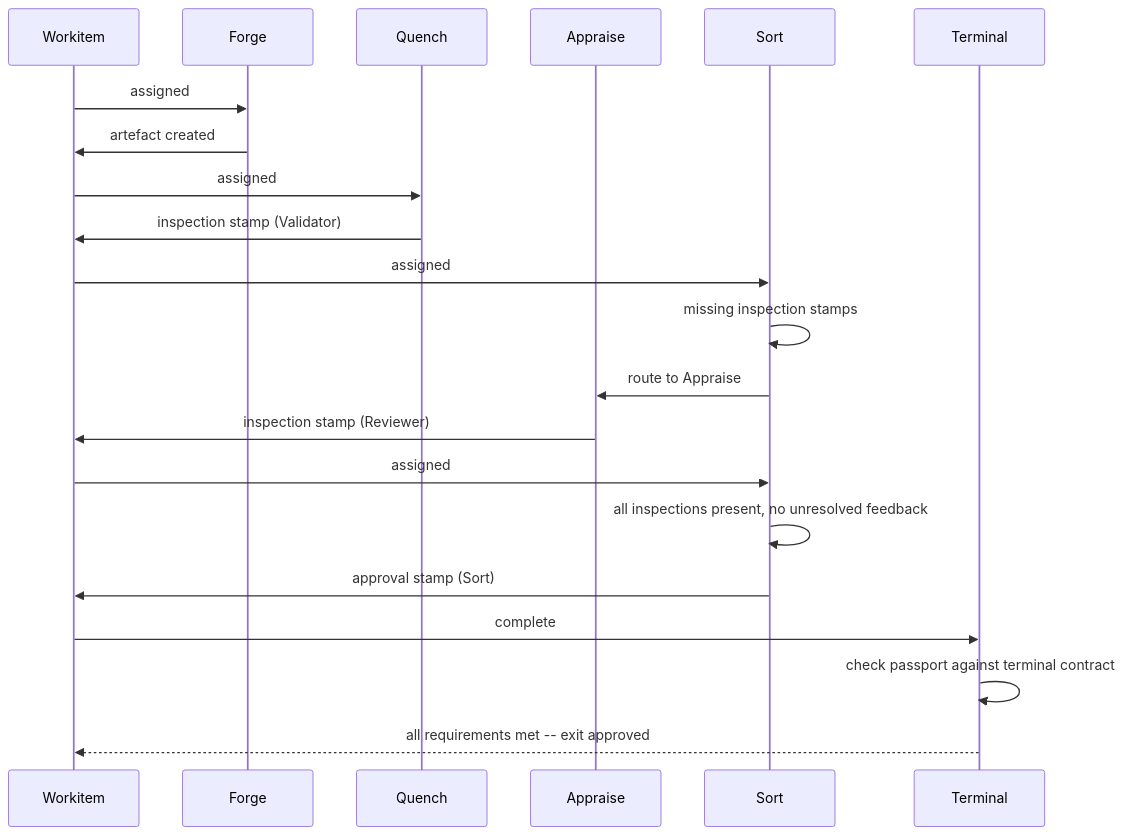
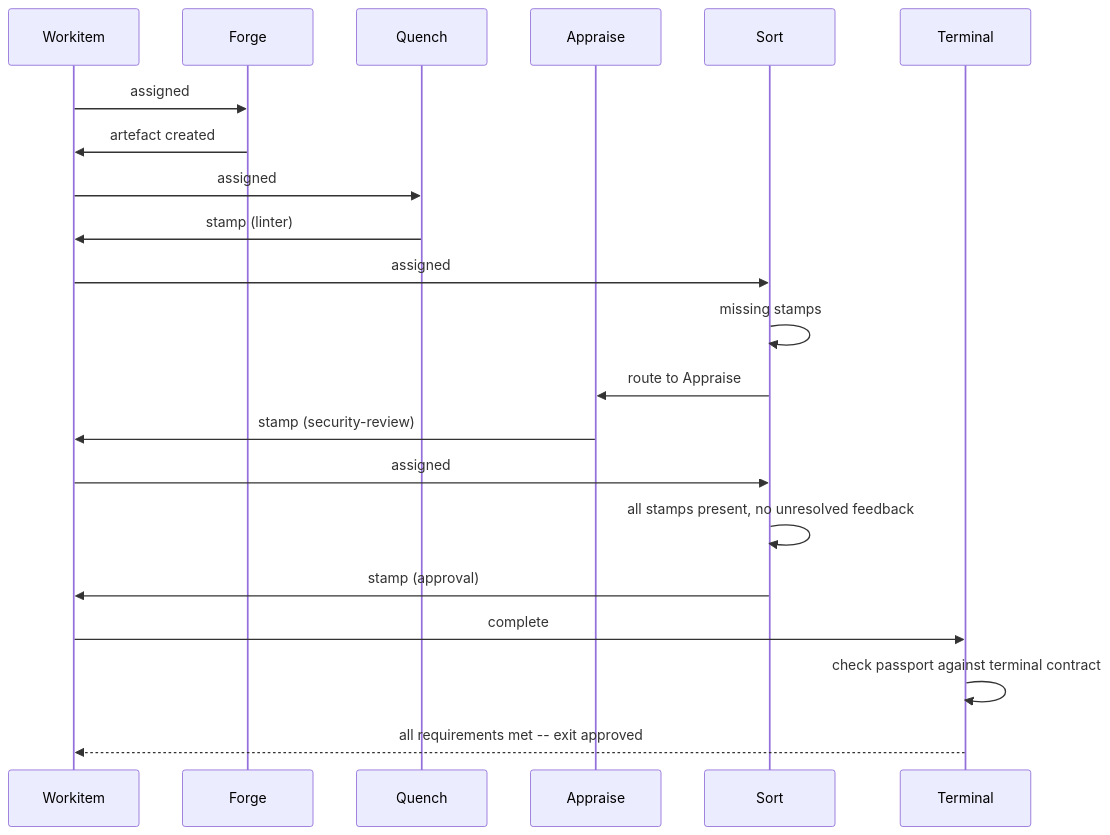
The third of 4 diagrams in 01-concepts/00-overview.md (really-knows-ai/gideas), drawn with Mermaid before and after one commit. The commit also changed other lines of this file and 2 other files, not shown here.

Commit message:
Refine documentation on stamps and roles, clarifying governance checkpoints and validation requirements in Foundry Flow

````diff
--- a/01-concepts/00-overview.md
+++ b/01-concepts/00-overview.md
@@ -182,24 +185,24 @@
 ```mermaid
 sequenceDiagram
     participant W as Workitem
     participant F as Forge
     participant Q as Quench
     participant A as Appraise
     participant S as Sort
     participant T as Terminal
 
     W->>F: assigned
     F->>W: artefact created
     W->>Q: assigned
-    Q->>W: inspection stamp (Validator)
+    Q->>W: stamp (linter)
     W->>S: assigned
-    S->>S: missing inspection stamps
+    S->>S: missing stamps
     S->>A: route to Appraise
-    A->>W: inspection stamp (Reviewer)
+    A->>W: stamp (security-review)
     W->>S: assigned
-    S->>S: all inspections present, no unresolved feedback
-    S->>W: approval stamp (Sort)
+    S->>S: all stamps present, no unresolved feedback
+    S->>W: stamp (approval)
     W->>T: complete
     T->>T: check passport against terminal contract
     T-->>W: all requirements met -- exit approved
 ```
````
